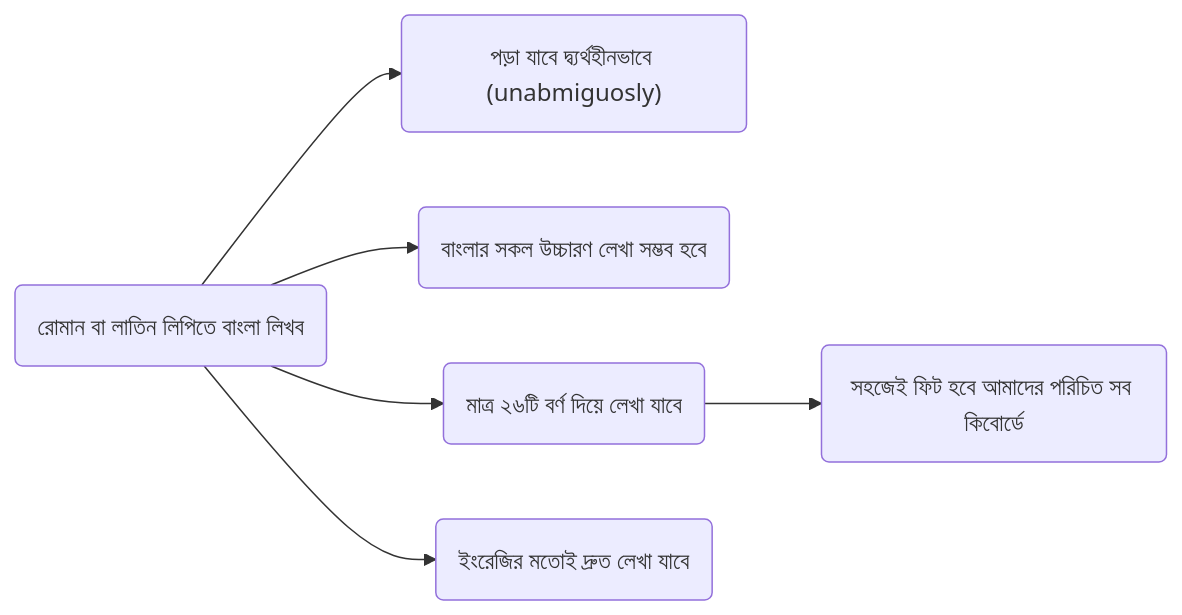
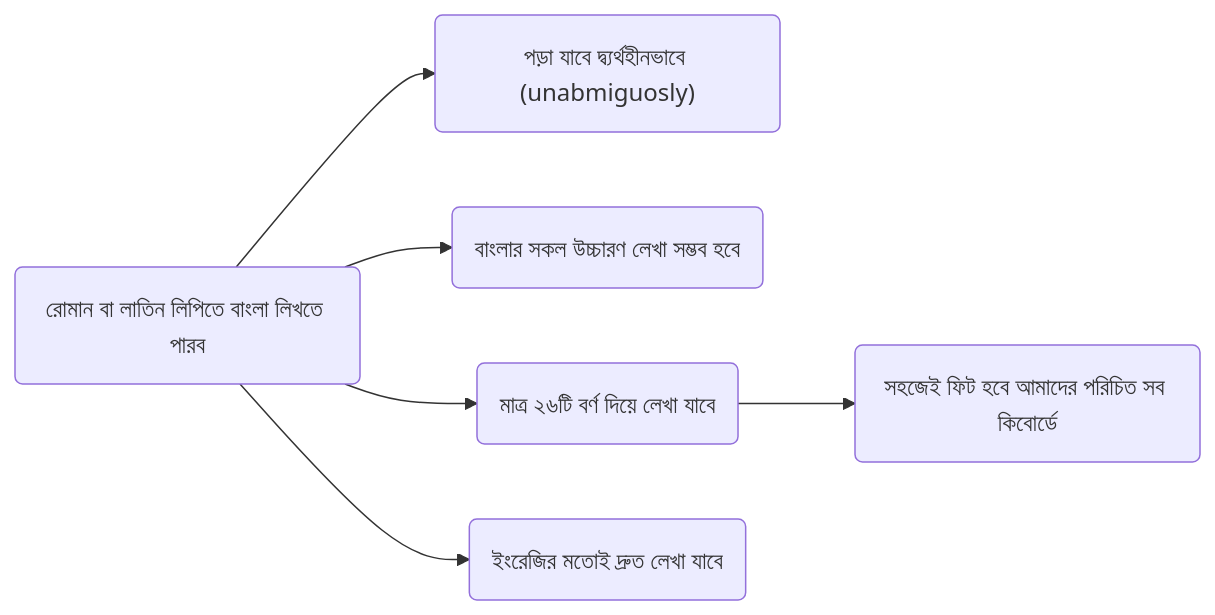
The first of 2 diagrams in README.md (KhiproKeyboard/shorolipi), drawn with Mermaid before and after one commit.

Commit message:
Update feature description in README.md

````diff
--- a/README.md
+++ b/README.md
@@ -5,7 +5,7 @@
 ```mermaid
 flowchart LR
-    A("রোমান বা লাতিন লিপিতে বাংলা লিখব")  --> B("পড়া যাবে দ্ব্যর্থহীনভাবে (unabmiguosly)")
+    A("রোমান বা লাতিন লিপিতে বাংলা লিখতে পারব")  --> B("পড়া যাবে দ্ব্যর্থহীনভাবে (unabmiguosly)")
     A --> E("বাংলার সকল উচ্চারণ লেখা সম্ভব হবে")
     A --> C("মাত্র ২৬টি বর্ণ দিয়ে লেখা যাবে") --> D("সহজেই ফিট হবে আমাদের পরিচিত সব কিবোর্ডে")
     A --> F("ইংরেজির মতোই দ্রুত লেখা যাবে")
 ```
````
